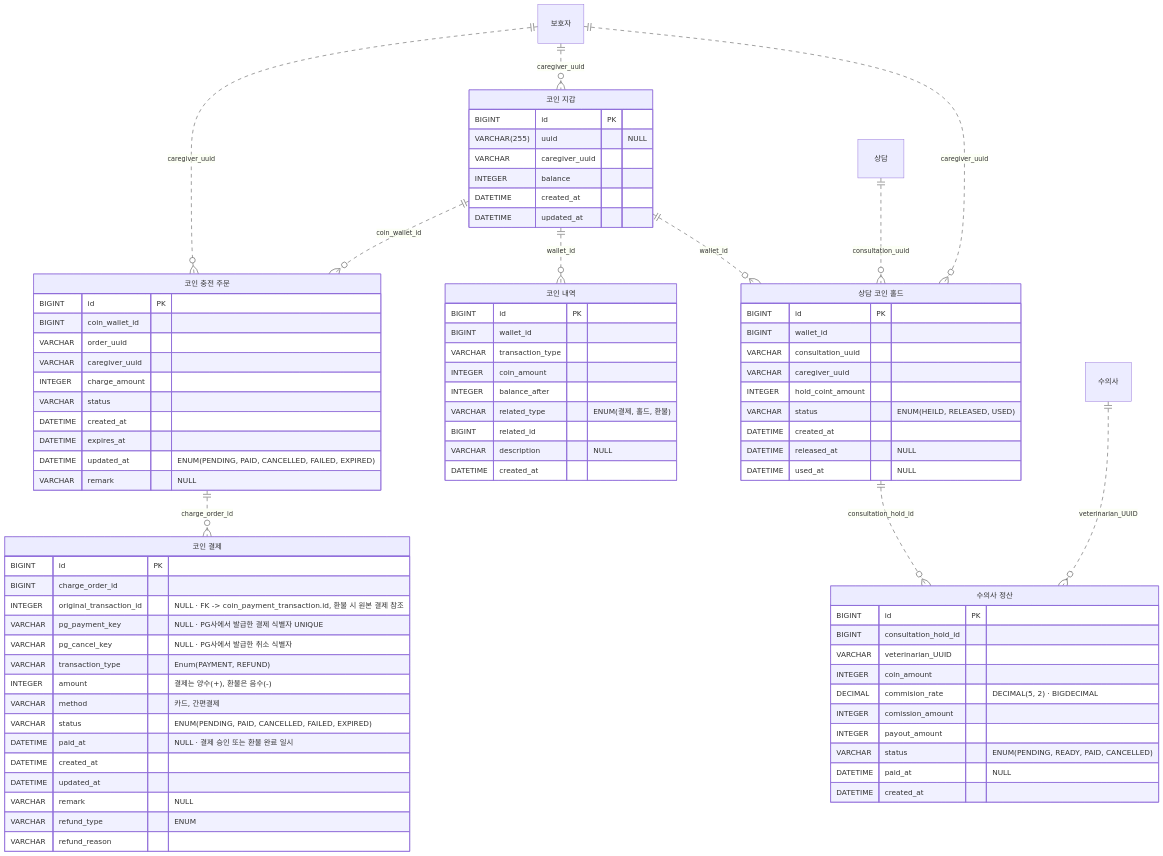
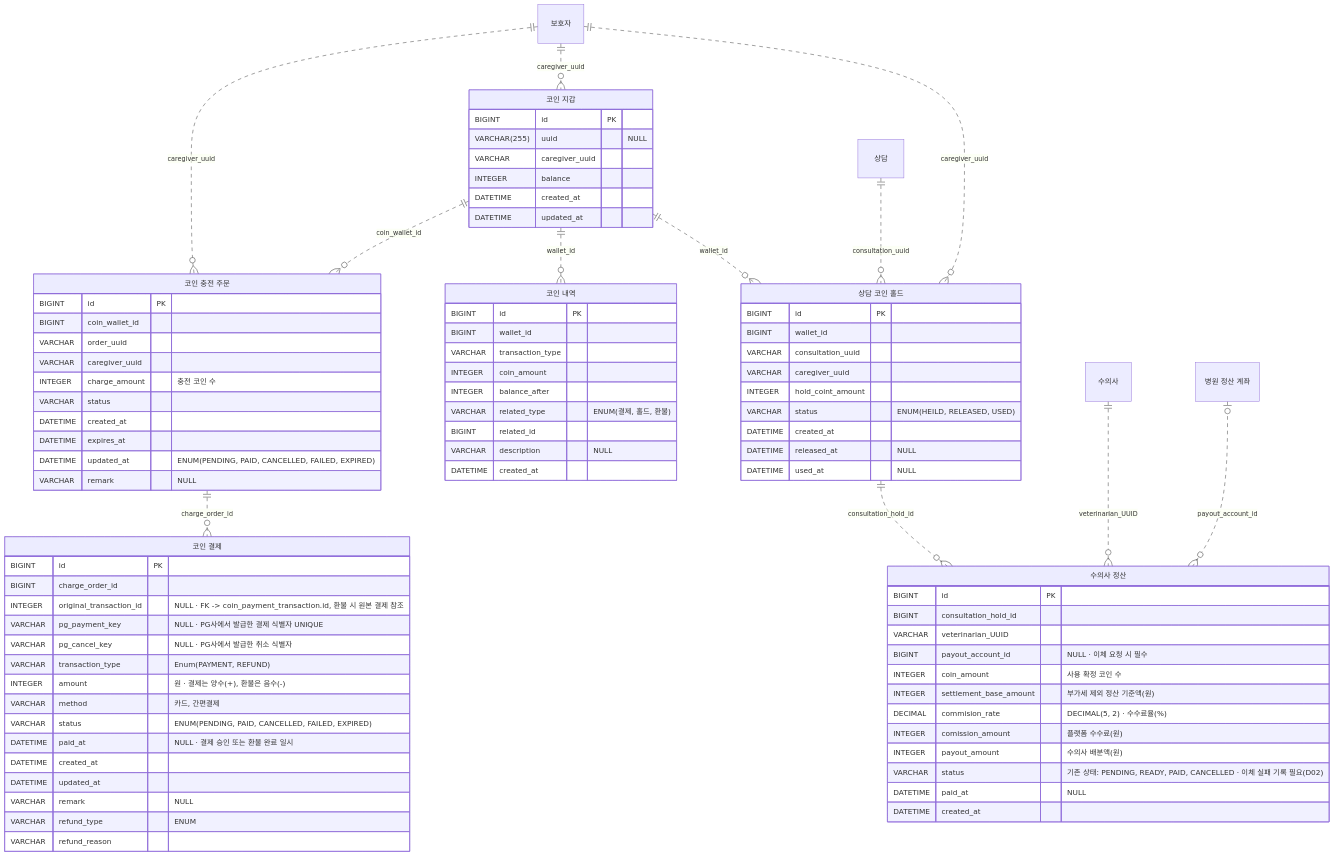
Before and after one commit to louie-kury/louie-kury-back: the fifth of 7 diagrams in docs/erd.md, drawn with Mermaid. The commit also changed other lines of this file, not shown here.

```diff
--- a/docs/erd.md
+++ b/docs/erd.md
@@ -346,6 +373,7 @@
     "보호자" ||..o{ "상담 코인 홀드" : "caregiver_uuid"
     "상담 코인 홀드" ||..o{ "수의사 정산" : "consultation_hold_id"
     "수의사" ||..o{ "수의사 정산" : "veterinarian_UUID"
+    "병원 정산 계좌" |o..o{ "수의사 정산" : "payout_account_id"
 
     "코인 지갑" {
         BIGINT id PK
@@ -360,7 +388,7 @@
         BIGINT coin_wallet_id
         VARCHAR order_uuid
         VARCHAR caregiver_uuid
-        INTEGER charge_amount
+        INTEGER charge_amount "충전 코인 수"
         VARCHAR status
         DATETIME created_at
         DATETIME expires_at
@@ -374,7 +402,7 @@
         VARCHAR pg_payment_key "NULL · PG사에서 발급한 결제 식별자 UNIQUE"
         VARCHAR pg_cancel_key "NULL · PG사에서 발급한 취소 식별자"
         VARCHAR transaction_type "Enum(PAYMENT, REFUND)"
-        INTEGER amount "결제는 양수(+), 환불은 음수(-)"
+        INTEGER amount "원 · 결제는 양수(+), 환불은 음수(-)"
         VARCHAR method "카드, 간편결제"
         VARCHAR status "ENUM(PENDING, PAID, CANCELLED, FAILED, EXPIRED)"
         DATETIME paid_at "NULL · 결제 승인 또는 환불 완료 일시"
@@ -410,11 +438,13 @@
         BIGINT id PK
         BIGINT consultation_hold_id
         VARCHAR veterinarian_UUID
-        INTEGER coin_amount
-        DECIMAL commision_rate "DECIMAL(5, 2) · BIGDECIMAL"
-        INTEGER comission_amount
-        INTEGER payout_amount
-        VARCHAR status "ENUM(PENDING, READY, PAID, CANCELLED)"
+        BIGINT payout_account_id "NULL · 이체 요청 시 필수"
+        INTEGER coin_amount "사용 확정 코인 수"
+        INTEGER settlement_base_amount "부가세 제외 정산 기준액(원)"
+        DECIMAL commision_rate "DECIMAL(5, 2) · 수수료율(%)"
+        INTEGER comission_amount "플랫폼 수수료(원)"
+        INTEGER payout_amount "수의사 배분액(원)"
+        VARCHAR status "기존 상태: PENDING, READY, PAID, CANCELLED · 이체 실패 기록 필요(D02)"
         DATETIME paid_at "NULL"
         DATETIME created_at
     }
```
